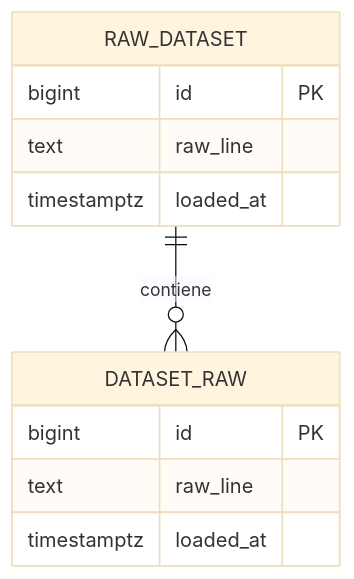
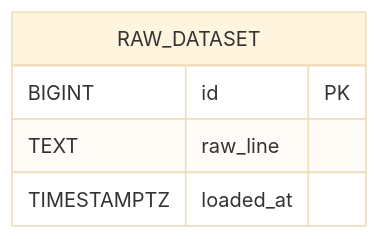
Before and after one commit to UPT-FAING-EPIS/Examen_Andia_Navarro: the diagram in diagrams/entidad-relacion.mmd, drawn with Mermaid (base theme). The commit also changed 2 other files, not shown here.

Commit message:
Ordenar documentacion y diagramas final

```diff
--- a/diagrams/entidad-relacion.mmd
+++ b/diagrams/entidad-relacion.mmd
@@ -1,17 +1,10 @@
 erDiagram
     RAW_DATASET {
-        bigint id PK
-        text raw_line
-        timestamptz loaded_at
+        BIGINT id PK
+        TEXT raw_line
+        TIMESTAMPTZ loaded_at
     }
 
-    RAW_DATASET ||--o{ DATASET_RAW : contiene
-
-    DATASET_RAW {
-        bigint id PK
-        text raw_line
-        timestamptz loaded_at
-    }
-
-    %% El diagrama refleja la estructura real que el repositorio implementa
-    %% porque el dataset oficial no fue accesible desde Codespaces.
+    %% La estructura refleja la tabla real creada en PostgreSQL.
+    %% El dataset oficial no fue accesible desde Codespaces,
+    %% por lo que se mantiene una tabla de staging única y segura.
```
